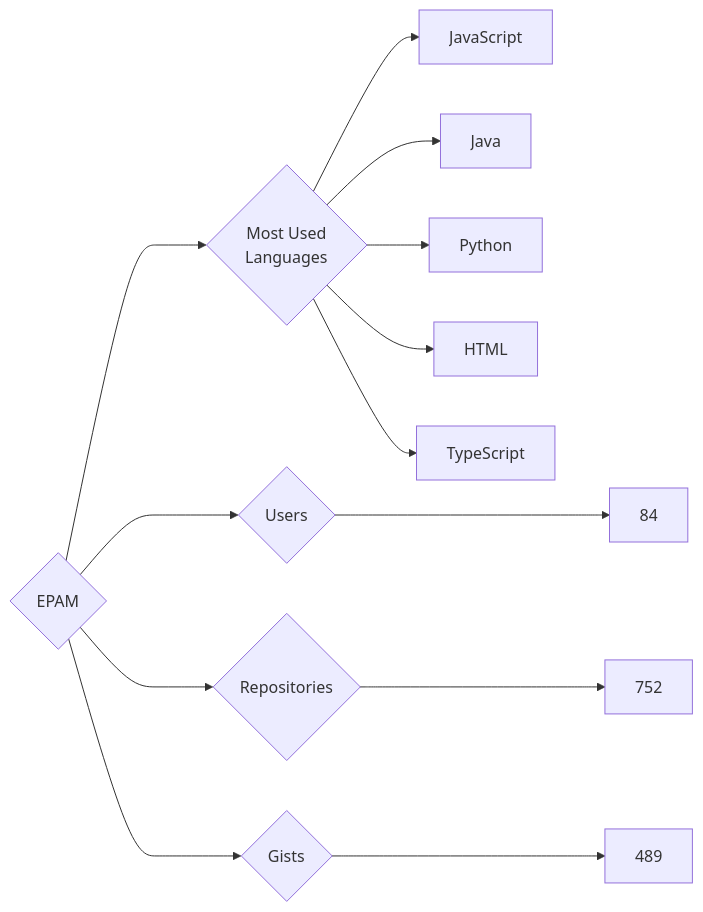
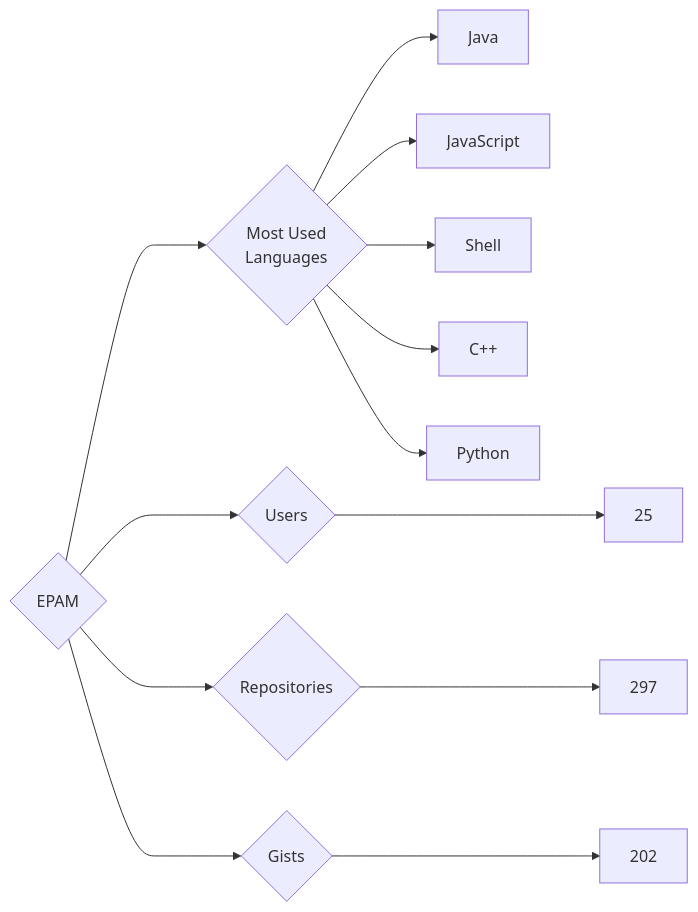
Before and after one commit to trickest/insiders: the diagram in targets/EPAM/README.md, drawn with Mermaid. The commit also changed 688 other files, not shown here.

````diff
--- a/targets/EPAM/README.md
+++ b/targets/EPAM/README.md
@@ -3,13 +3,13 @@
 ```mermaid
 graph LR
 COMPANY_NAME{EPAM}
-COMPANY_NAME ---> U{Users} ---> UN[84]
-COMPANY_NAME ---> R{Repositories} ---> RN[752]
-COMPANY_NAME ---> G{Gists} ---> GN[489]
+COMPANY_NAME ---> U{Users} ---> UN[25]
+COMPANY_NAME ---> R{Repositories} ---> RN[297]
+COMPANY_NAME ---> G{Gists} ---> GN[202]
 COMPANY_NAME ---> ML{Most Used<br>Languages}
+ML --> Java[Java]
 ML --> JavaScript[JavaScript]
-ML --> Java[Java]
+ML --> Shell[Shell]
+ML --> C++[C++]
 ML --> Python[Python]
-ML --> HTML[HTML]
-ML --> TypeScript[TypeScript]
 ```
````
